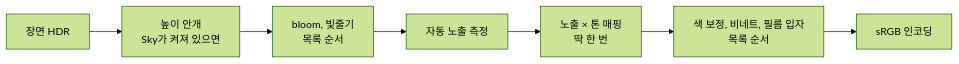
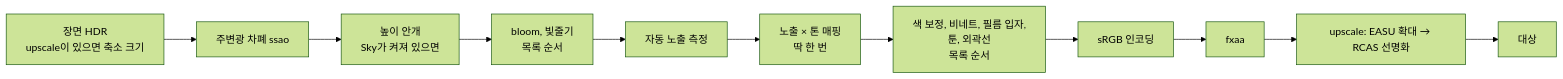
The third of 3 diagrams in docs/rendering-architecture.md (BeautyfullCastle/rust-ai-native-game-engine), drawn with Mermaid (forest theme) before and after one commit. The commit also changed other lines of this file and 8 other files, not shown here.

Commit message:
feat: add SSAO, toon, outline, FXAA and FSR 1 style upscale post effects

````diff
--- a/docs/rendering-architecture.md
+++ b/docs/rendering-architecture.md
@@ -185,9 +185,13 @@
 ```mermaid
 flowchart LR
-    A[장면 HDR] --> F[높이 안개<br/>Sky가 켜져 있으면]
+    A[장면 HDR<br/>upscale이 있으면 축소 크기] --> O[주변광 차폐 ssao]
+    O --> F[높이 안개<br/>Sky가 켜져 있으면]
     F --> B[bloom, 빛줄기<br/>목록 순서]
     B --> X[자동 노출 측정]
     X --> E[노출 × 톤 매핑<br/>딱 한 번]
-    E --> D[색 보정, 비네트, 필름 입자<br/>목록 순서]
+    E --> D[색 보정, 비네트, 필름 입자,<br/>툰, 외곽선<br/>목록 순서]
     D --> S[sRGB 인코딩]
+    S --> AA[fxaa]
+    AA --> U[upscale: EASU 확대 → RCAS 선명화]
+    U --> T[대상]
 ```
````
